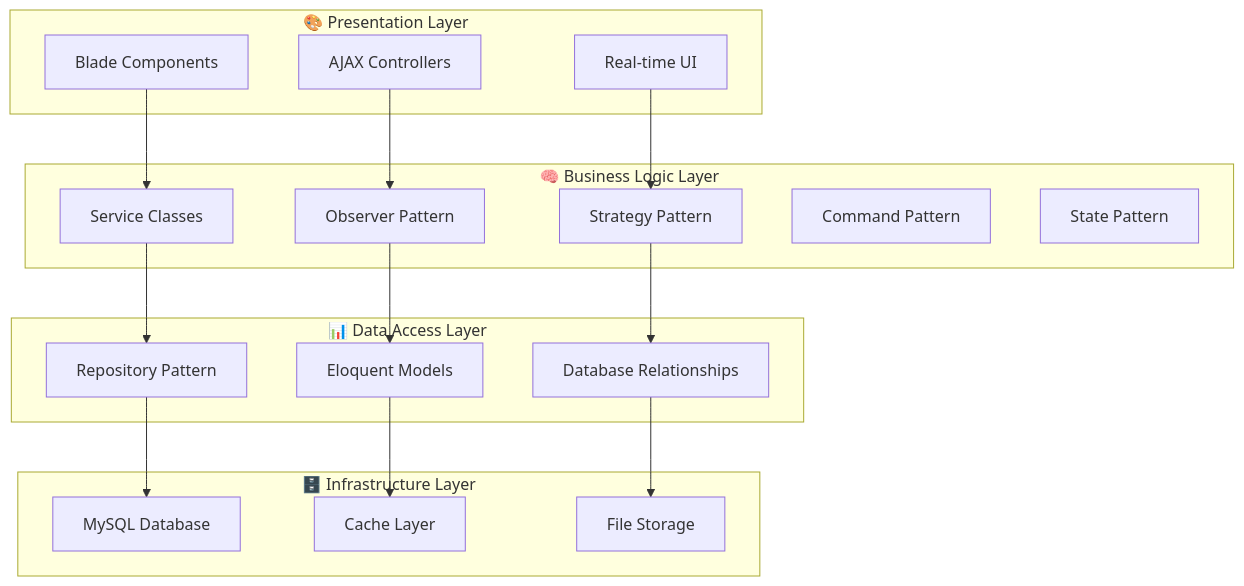
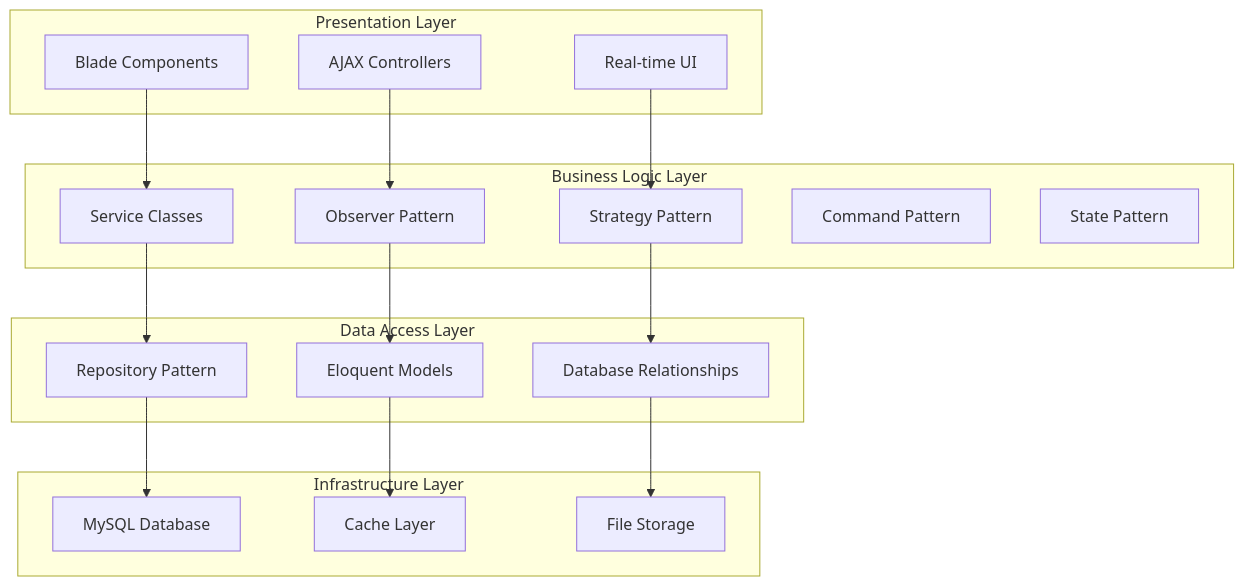
The ninth of 17 diagrams in README.md (Event-Management-Ticketing-System-EMTS/Event-Management-Ticketing-System), drawn with Mermaid before and after one commit. The commit also changed other lines of this file, not shown here.

````diff
--- a/README.md
+++ b/README.md
@@ -250,38 +265,38 @@
 ```mermaid
 graph TB
-    subgraph "🎨 Presentation Layer"
-        A[Blade Components]
-        B[AJAX Controllers]
-        C[Real-time UI]
-    end
-    
-    subgraph "🧠 Business Logic Layer"
-        D[Service Classes]
-        E[Observer Pattern]
-        F[Strategy Pattern]
-        G[Command Pattern]
-        H[State Pattern]
-    end
-    
-    subgraph "📊 Data Access Layer"
-        I[Repository Pattern]
-        J[Eloquent Models]
-        K[Database Relationships]
-    end
-    
-    subgraph "🗄️ Infrastructure Layer"
-        L[MySQL Database]
-        M[Cache Layer]
-        N[File Storage]
-    end
-    
-    A --> D
-    B --> E
-    C --> F
-    D --> I
-    E --> J
-    F --> K
-    I --> L
-    J --> M
-    K --> N
+ subgraph "Presentation Layer"
+ A[Blade Components]
+ B[AJAX Controllers]
+ C[Real-time UI]
+ end
+ 
+ subgraph "Business Logic Layer"
+ D[Service Classes]
+ E[Observer Pattern]
+ F[Strategy Pattern]
+ G[Command Pattern]
+ H[State Pattern]
+ end
+ 
+ subgraph "Data Access Layer"
+ I[Repository Pattern]
+ J[Eloquent Models]
+ K[Database Relationships]
+ end
+ 
+ subgraph "Infrastructure Layer"
+ L[MySQL Database]
+ M[Cache Layer]
+ N[File Storage]
+ end
+ 
+ A --> D
+ B --> E
+ C --> F
+ D --> I
+ E --> J
+ F --> K
+ I --> L
+ J --> M
+ K --> N
 ```
````
